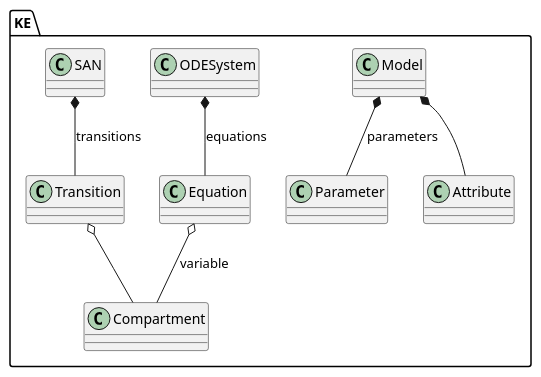
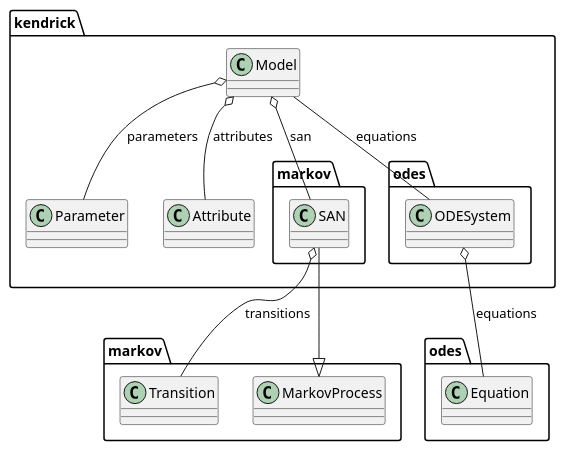
One commit to KendrickOrg/kendrick changed the diagram in documentation/meta-model/meta-modelv3.org. Above: the diagram before and after it, drawn with PlantUML.

```diff
--- a/documentation/meta-model/meta-modelv3.org
+++ b/documentation/meta-model/meta-modelv3.org
@@ -49,10 +49,18 @@
 #+begin_src plantuml :file meta-modelv3.png
-namespace KE {
-Model *-- Parameter : parameters
-Model *-- Attribute
-ODESystem *-- Equation : equations
-Equation o-- Compartment : variable
-Transition o-- Compartment
-SAN*-- Transition : transitions
+namespace kendrick {
+Model o-- Parameter : parameters
+Model o-- Attribute : attributes
+Model o-- markov.SAN : san
+Model -- odes.ODESystem : equations
+}
+
+namespace odes {
+ODESystem o-- Equation : equations
+
+}
+
+namespace markov {
+MarkovProcess <|-- SAN
+SAN o-- Transition : transitions
 }
 #+end_src
```
